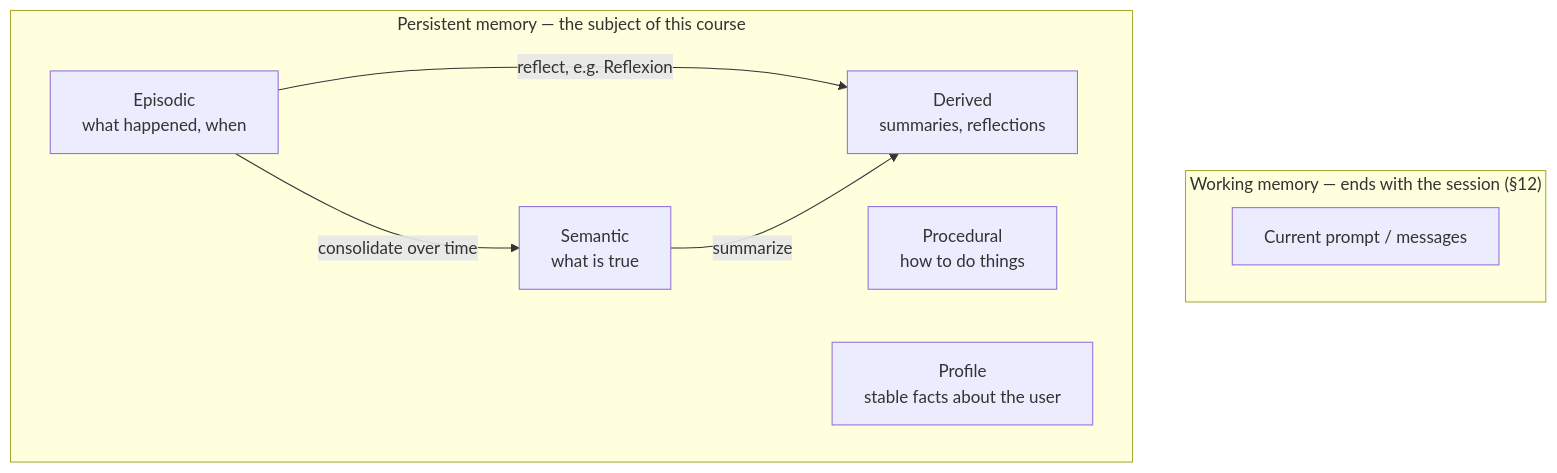
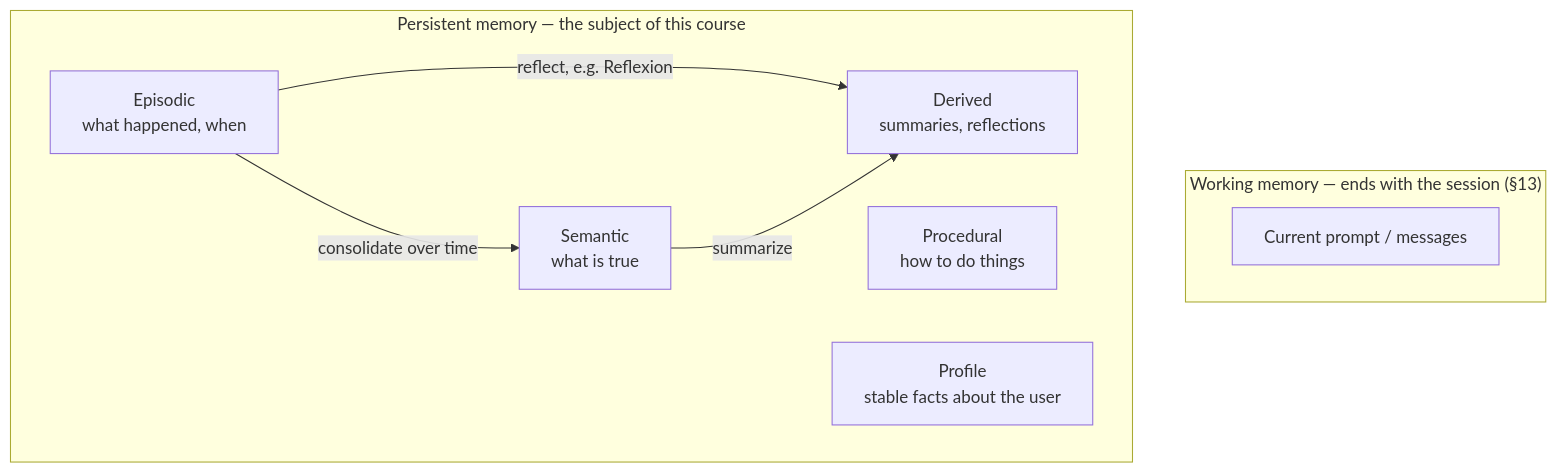
Before and after one commit to alextra-lab/llm-course: the diagram in agent-memory/lessons/01-a-taxonomy-of-memory.md, drawn with Mermaid. The commit also changed other lines of this file and 168 other files, not shown here.

````diff
--- a/agent-memory/lessons/01-a-taxonomy-of-memory.md
+++ b/agent-memory/lessons/01-a-taxonomy-of-memory.md
@@ -45,16 +45,16 @@
 ```mermaid
 flowchart TD
-    subgraph Working["Working memory — ends with the session (§12)"]
+    subgraph Working["Working memory — ends with the session (§13)"]
         W[Current prompt / messages]
     end
     subgraph Persistent["Persistent memory — the subject of this course"]
         E[Episodic<br/>what happened, when]
         S[Semantic<br/>what is true]
         PR[Procedural<br/>how to do things]
         PF[Profile<br/>stable facts about the user]
         D[Derived<br/>summaries, reflections]
     end
     E -->|consolidate over time| S
     E -->|reflect, e.g. Reflexion| D
     S -->|summarize| D
 ```
````
